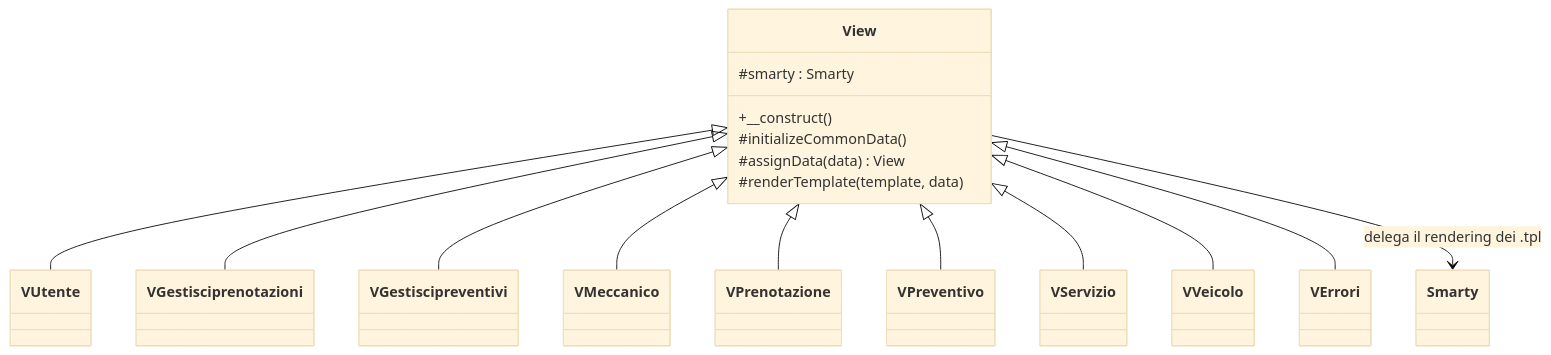
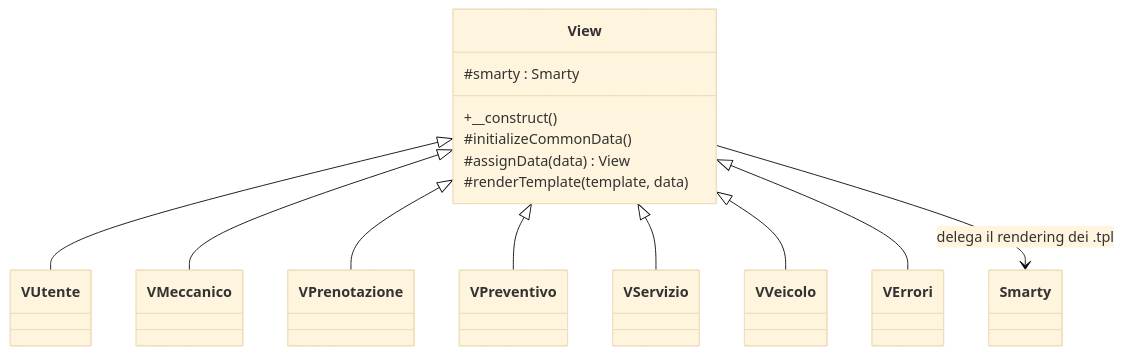
One commit to StefanoArcieri/MechanicOne changed the fourth of 4 diagrams in docs/diagramma-classi.md. Above: the diagram before and after it, drawn with Mermaid (base theme). The commit also changed 100 other files, not shown here.

````diff
--- a/docs/diagramma-classi.md
+++ b/docs/diagramma-classi.md
@@ -205,31 +205,27 @@
 ```mermaid
 classDiagram
     class View {
         #smarty : Smarty
         +__construct()
         #initializeCommonData()
         #assignData(data) View
         #renderTemplate(template, data)
     }
     class VUtente
-    class VGestisciprenotazioni
-    class VGestiscipreventivi
     class VMeccanico
     class VPrenotazione
     class VPreventivo
     class VServizio
     class VVeicolo
     class VErrori
 
     View <|-- VUtente
-    View <|-- VGestisciprenotazioni
-    View <|-- VGestiscipreventivi
     View <|-- VMeccanico
     View <|-- VPrenotazione
     View <|-- VPreventivo
     View <|-- VServizio
     View <|-- VVeicolo
     View <|-- VErrori
 
     View --> Smarty : delega il rendering dei .tpl
 ```
````
